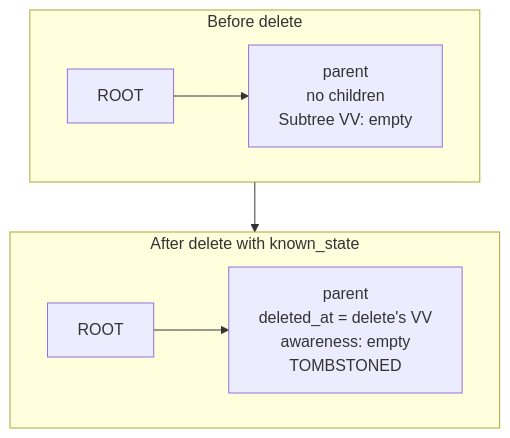
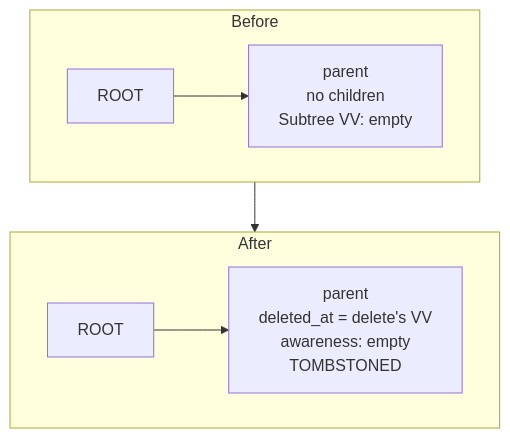
Before and after one commit to cybersemics/treecrdt: the first of 10 diagrams in docs/defensive-deletion/defensive-deletion.md, drawn with Mermaid. The commit also changed other lines of this file, not shown here.

Commit message:
docs: update diagrams

````diff
--- a/docs/defensive-deletion/defensive-deletion.md
+++ b/docs/defensive-deletion/defensive-deletion.md
@@ -38,16 +38,16 @@
 ```mermaid
 flowchart TD
-    subgraph Before["Before delete"]
+    subgraph Before
         ROOT1[ROOT]
-        P1[parent<br/>no children<br/>Subtree VV: empty]
+        P1["parent<br/>no children<br/>Subtree VV: empty"]
         ROOT1 --> P1
     end
     
-    subgraph After["After delete with known_state"]
+    subgraph After
         ROOT2[ROOT]
-        P2[parent<br/>deleted_at = delete's VV<br/>awareness: empty<br/>TOMBSTONED]
+        P2["parent<br/>deleted_at = delete's VV<br/>awareness: empty<br/>TOMBSTONED"]
         ROOT2 --> P2
     end
     
     Before --> After
 ```
````
